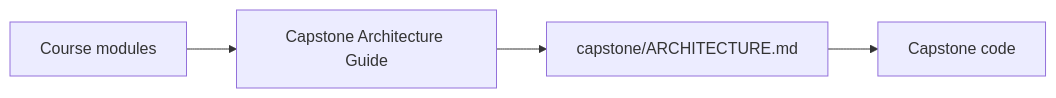
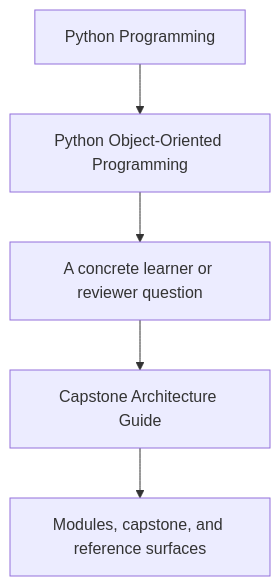
Before and after one commit to bijux/bijux-masterclass: the first of 2 diagrams in programs/python-programming/python-object-oriented-programming/course-book/guides/capstone-architecture-guide.md, drawn with Mermaid. The commit also changed other lines of this file and 23 other files, not shown here.

Commit message:
docs(python-object-oriented-programming): sharpen guide and reference diagrams

````diff
--- a/programs/python-programming/python-object-oriented-programming/course-book/guides/capstone-architecture-guide.md
+++ b/programs/python-programming/python-object-oriented-programming/course-book/guides/capstone-architecture-guide.md
@@ -7,6 +7,7 @@
 ```mermaid
-graph LR
-  course["Course modules"] --> bridge["Capstone Architecture Guide"]
-  bridge --> doc["capstone/ARCHITECTURE.md"]
-  doc --> code["Capstone code"]
+flowchart TD
+  family["Python Programming"] --> program["Python Object-Oriented Programming"]
+  program --> pressure["A concrete learner or reviewer question"]
+  pressure --> guide["Capstone Architecture Guide"]
+  guide --> next["Modules, capstone, and reference surfaces"]
 ```
````
